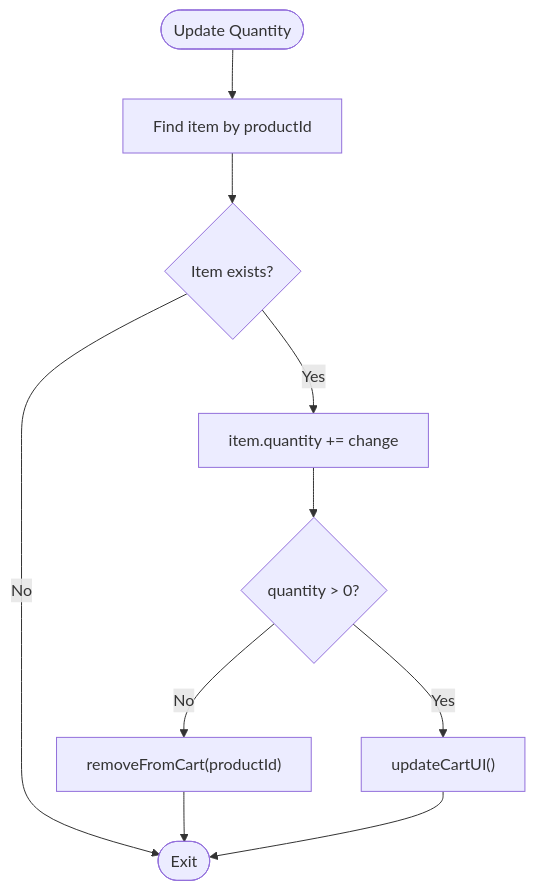
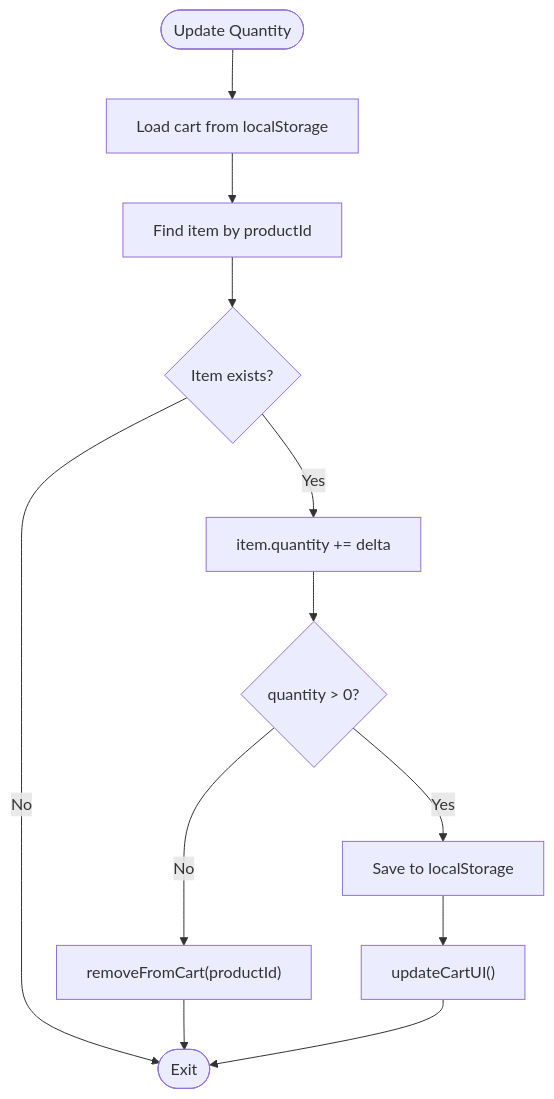
Before and after one commit to queenflowerhk/queenflowerhk.github.io: the fifth of 7 diagrams in .qoder/repowiki/en/content/User Interface Components/Interactive Elements/Shopping Cart Sidebar/Cart State Management.md, drawn with Mermaid. The commit also changed other lines of this file and 36 other files, not shown here.

````diff
--- a/.qoder/repowiki/en/content/User Interface Components/Interactive Elements/Shopping Cart Sidebar/Cart State Management.md
+++ b/.qoder/repowiki/en/content/User Interface Components/Interactive Elements/Shopping Cart Sidebar/Cart State Management.md
@@ -231,12 +248,14 @@
 ```mermaid
 flowchart TD
-Start(["Update Quantity"]) --> FindItem["Find item by productId"]
+Start(["Update Quantity"]) --> Load["Load cart from localStorage"]
+Load --> FindItem["Find item by productId"]
 FindItem --> Exists{"Item exists?"}
 Exists -- "No" --> End(["Exit"])
-Exists -- "Yes" --> Adjust["item.quantity += change"]
+Exists -- "Yes" --> Adjust["item.quantity += delta"]
 Adjust --> Valid{"quantity > 0?"}
 Valid -- "No" --> Remove["removeFromCart(productId)"]
-Valid -- "Yes" --> UpdateUI["updateCartUI()"]
+Valid -- "Yes" --> Save["Save to localStorage"]
 Remove --> End
+Save --> UpdateUI["updateCartUI()"]
 UpdateUI --> End
 ```
````
